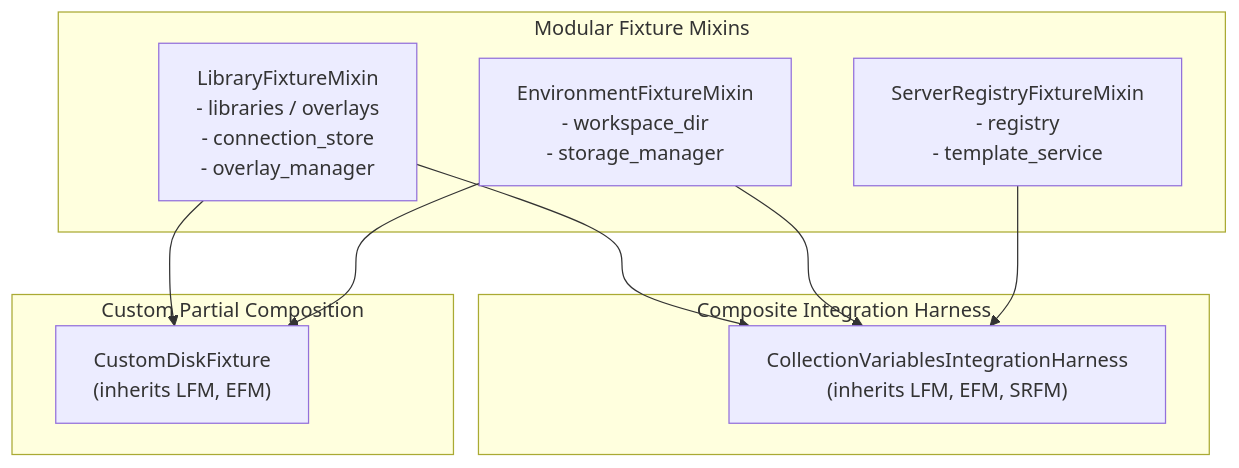
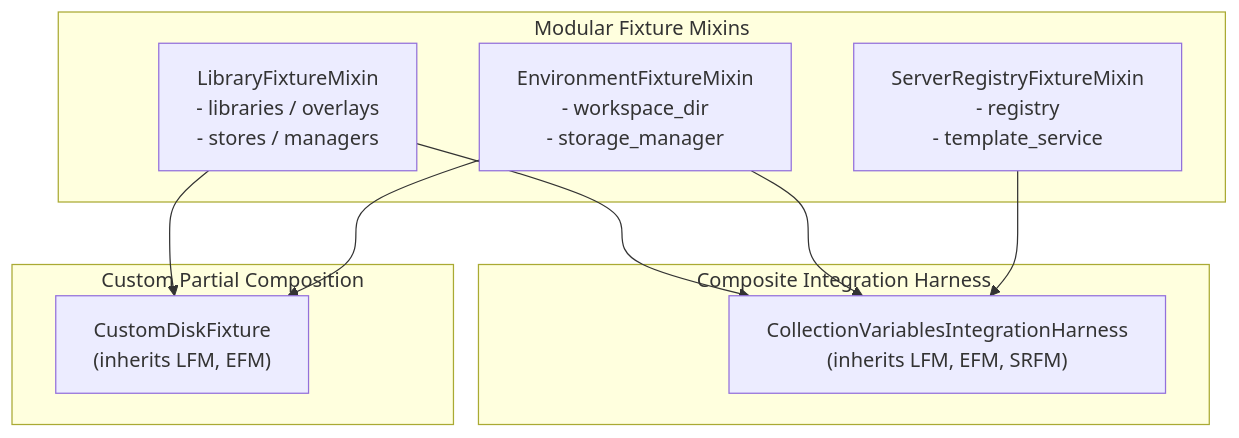
Before and after one commit to koctep/pypost: the diagram in doc/dev/collection_integration_harness.md, drawn with Mermaid. The commit also changed other lines of this file and 1 other file, not shown here.

````diff
--- a/doc/dev/collection_integration_harness.md
+++ b/doc/dev/collection_integration_harness.md
@@ -30,23 +30,23 @@
 ```mermaid
 flowchart TB
     subgraph Mixins["Modular Fixture Mixins"]
-        LFM["LibraryFixtureMixin<br/>- libraries / overlays<br/>- connection_store<br/>- overlay_manager"]
+        LFM["LibraryFixtureMixin<br/>- libraries / overlays<br/>- stores / managers"]
         EFM["EnvironmentFixtureMixin<br/>- workspace_dir<br/>- storage_manager"]
         SRFM["ServerRegistryFixtureMixin<br/>- registry<br/>- template_service"]
     end
 
     subgraph Composite["Composite Integration Harness"]
         CVIH["CollectionVariablesIntegrationHarness<br/>(inherits LFM, EFM, SRFM)"]
     end
 
     subgraph Custom["Custom Partial Composition"]
         CF["CustomDiskFixture<br/>(inherits LFM, EFM)"]
     end
 
     LFM --> CVIH
     EFM --> CVIH
     SRFM --> CVIH
 
     LFM --> CF
     EFM --> CF
 ```
````
